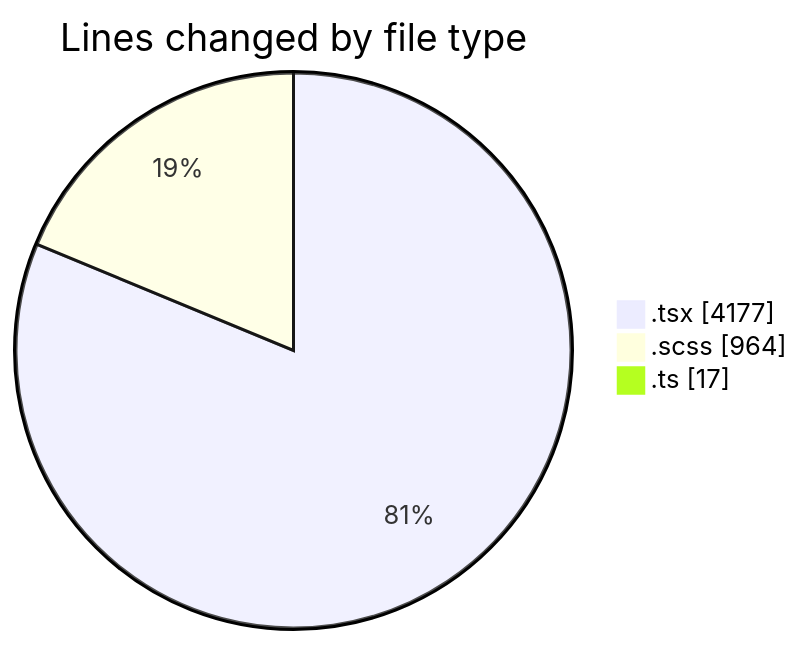
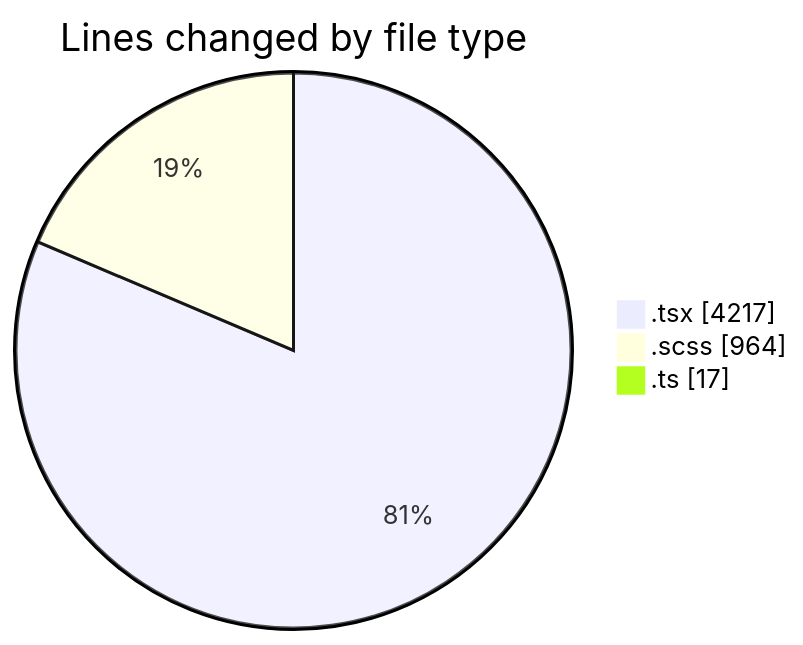
One commit to momahboobian/code-tracking changed the first of 2 diagrams in 2025-09-19/cda/README.md. Above: the diagram before and after it, drawn with Mermaid. The commit also changed other lines of this file and 1 other file, not shown here.

````diff
--- a/2025-09-19/cda/README.md
+++ b/2025-09-19/cda/README.md
@@ -26,7 +26,7 @@
 ```mermaid
 pie showData
 title Lines changed by file type
-".tsx" : 4177
+".tsx" : 4217
 ".scss" : 964
 ".ts" : 17
 ```
````
